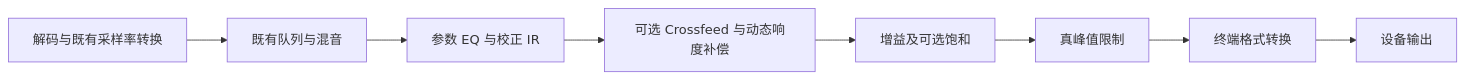
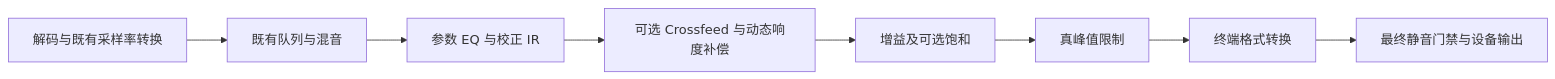
The second of 2 diagrams in docs/audio-quality-enhancement-design.md (onceMisery/hertz-studio), drawn with Mermaid before and after one commit. The commit also changed other lines of this file and 1 other file, not shown here.

````diff
--- a/docs/audio-quality-enhancement-design.md
+++ b/docs/audio-quality-enhancement-design.md
@@ -99,10 +118,10 @@
 ```mermaid
 flowchart LR
     A[解码与既有采样率转换] --> B[既有队列与混音]
     B --> C[参数 EQ 与校正 IR]
     C --> D[可选 Crossfeed 与动态响度补偿]
     D --> E[增益及可选饱和]
     E --> F[真峰值限制]
     F --> G[终端格式转换]
-    G --> H[设备输出]
+    G --> H[最终静音门禁与设备输出]
 ```
````
